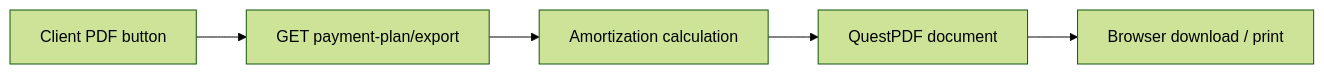
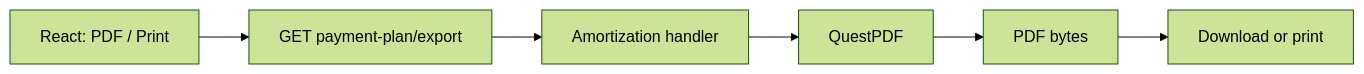
The first of 2 diagrams in docs/learning/en/20-pdf-export.md (fdeniz07/BankApp), drawn with Mermaid (forest theme) before and after one commit. The commit also changed other lines of this file and 105 other files, not shown here.

First line of the commit message:
doc: Enrich learning chapters with labs, pitfalls, and safe Mermaid

````diff
--- a/docs/learning/en/20-pdf-export.md
+++ b/docs/learning/en/20-pdf-export.md
@@ -10,7 +12,8 @@
 ```mermaid
 flowchart LR
-  UI[Client PDF button] --> API[GET payment-plan/export]
-  API --> CALC[Amortization calculation]
-  CALC --> QP[QuestPDF document]
-  QP --> DL[Browser download / print]
+  UI["React: PDF / Print"] --> API["GET payment-plan/export"]
+  API --> H["Amortization handler"]
+  H --> Q["QuestPDF"]
+  Q --> B["PDF bytes"]
+  B --> DL["Download or print"]
 ```
````
